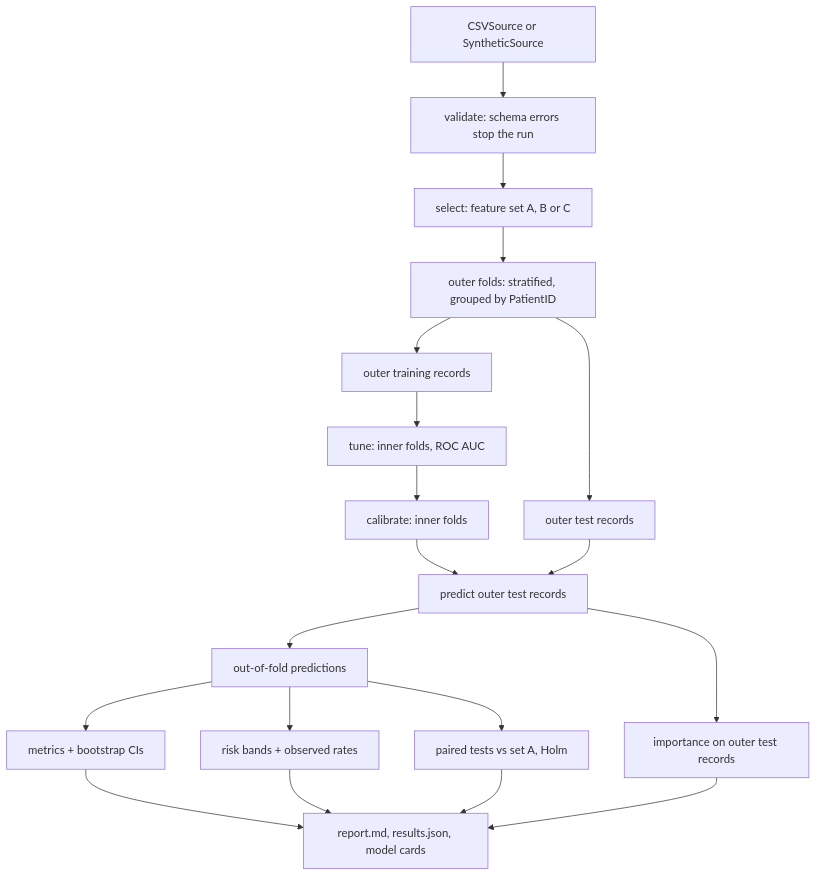
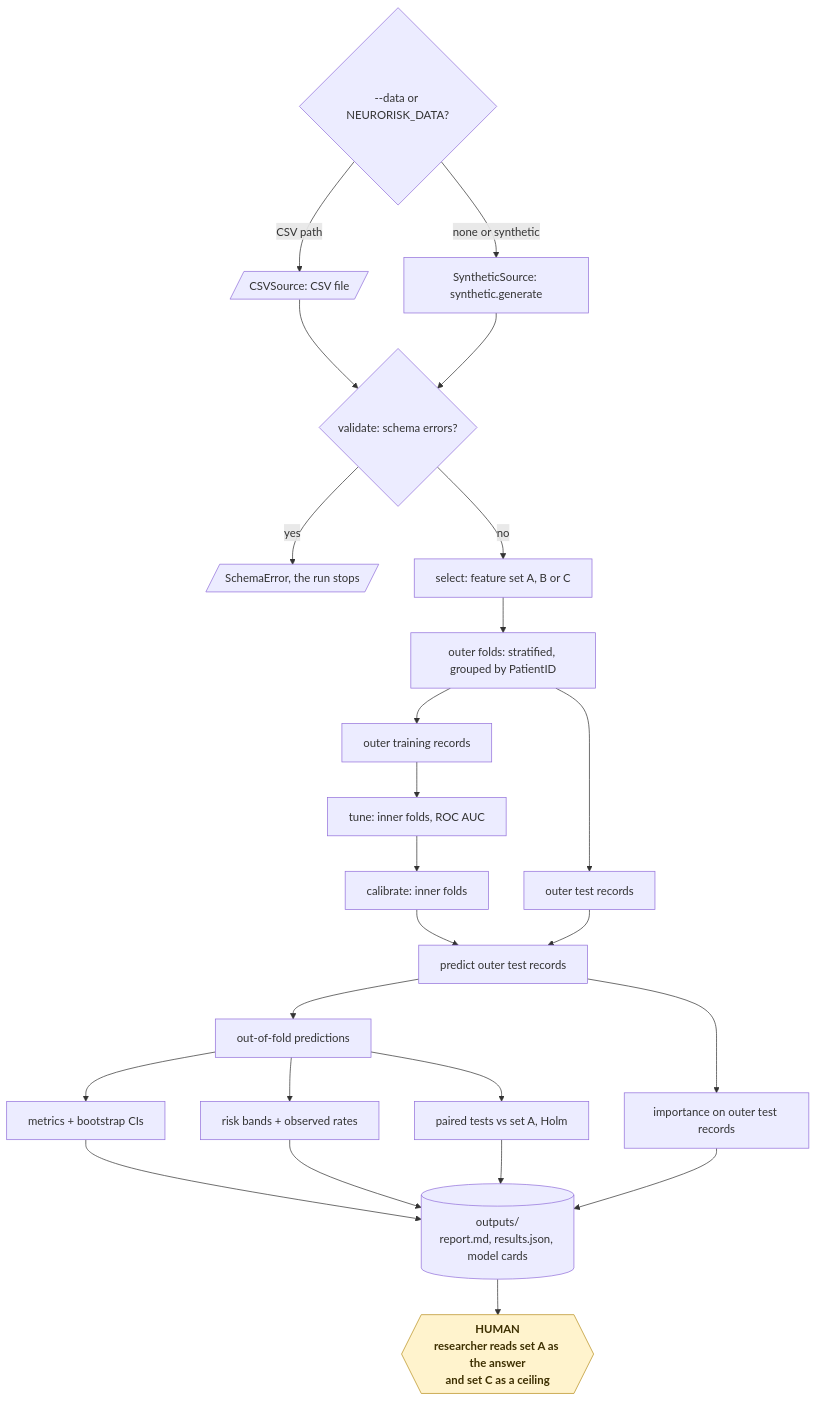
One commit to KrishnaAnnavaram/neurorisk changed the fifth of 21 diagrams in README.md. Above: the diagram before and after it, drawn with Mermaid. The commit also changed other lines of this file, not shown here.

Commit message:
Add the workflow diagrams to the README

````diff
--- a/README.md
+++ b/README.md
@@ -197,21 +262,29 @@
 ```mermaid
-flowchart TB
-    SRC["CSVSource or SyntheticSource"] --> VAL["validate: schema errors stop the run"]
-    VAL --> SEL["select: feature set A, B or C"]
+flowchart TD
+    SRC{"--data or NEURORISK_DATA?"} -- "CSV path" --> CSV[/"CSVSource: CSV file"/]
+    SRC -- "none or synthetic" --> GEN["SyntheticSource: synthetic.generate"]
+    CSV --> VAL{"validate: schema errors?"}
+    GEN --> VAL
+    VAL -- "yes" --> STOP[/"SchemaError, the run stops"/]
+    VAL -- "no" --> SEL["select: feature set A, B or C"]
     SEL --> SPL["outer folds: stratified, grouped by PatientID"]
     SPL --> TR["outer training records"]
     SPL --> TE["outer test records"]
     TR --> TUNE["tune: inner folds, ROC AUC"]
     TUNE --> CAL["calibrate: inner folds"]
     CAL --> PRED["predict outer test records"]
     TE --> PRED
     PRED --> OOF["out-of-fold predictions"]
     PRED --> IMP["importance on outer test records"]
     OOF --> MET["metrics + bootstrap CIs"]
     OOF --> BAND["risk bands + observed rates"]
     OOF --> CMP["paired tests vs set A, Holm"]
-    MET --> REP["report.md, results.json, model cards"]
+    MET --> REP[("outputs/<br/>report.md, results.json, model cards")]
     BAND --> REP
     CMP --> REP
     IMP --> REP
+    REP --> HUMAN{{"HUMAN<br/>researcher reads set A as the answer<br/>and set C as a ceiling"}}
+
+    classDef human fill:#fff3cd,stroke:#b8901f,color:#3d2f00,font-weight:bold
+    class HUMAN human
 ```
````
